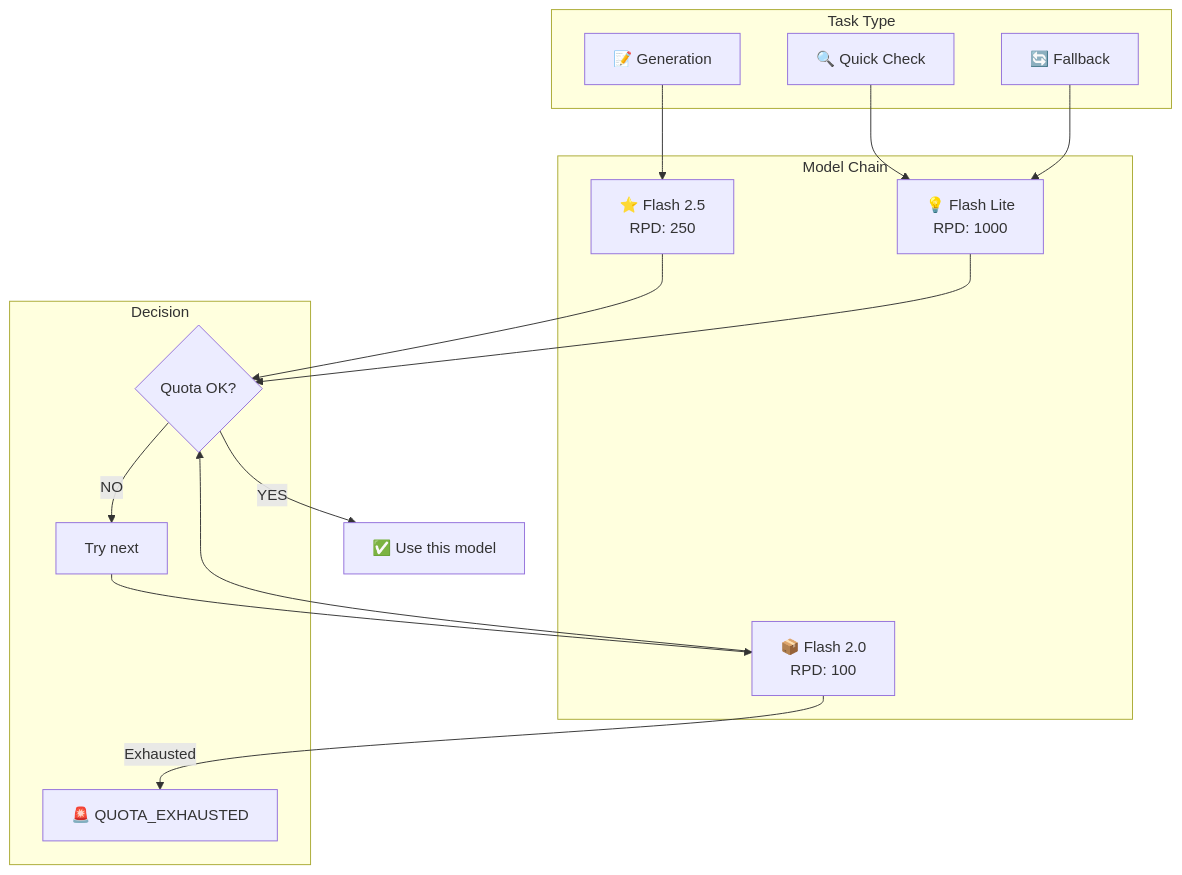
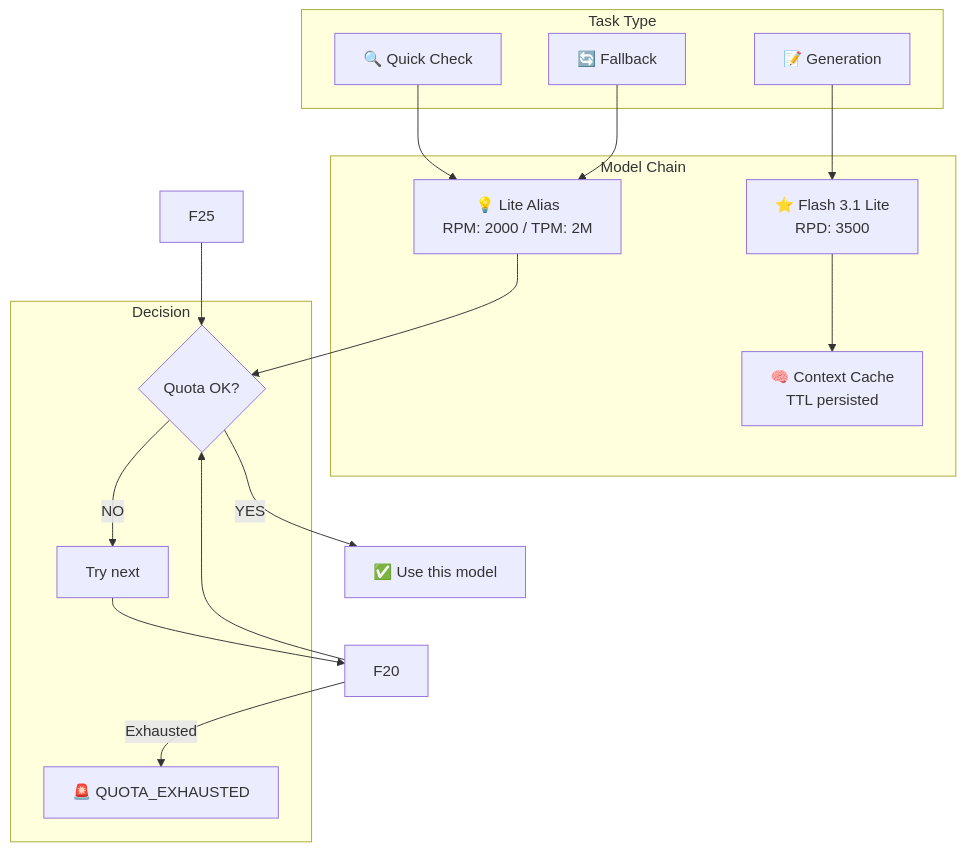
Before and after one commit to rasanfil-source/segreteria: the fourth of 9 diagrams in docs/ARCHITECTURE_DIAGRAMS.md, drawn with Mermaid. The commit also changed other lines of this file and 24 other files, not shown here.

````diff
--- a/docs/ARCHITECTURE_DIAGRAMS.md
+++ b/docs/ARCHITECTURE_DIAGRAMS.md
@@ -143,33 +143,34 @@
 ```mermaid
 graph TD
     subgraph "Task Type"
         QC["🔍 Quick Check"]
         GEN["📝 Generation"]
         FB["🔄 Fallback"]
     end
     
     subgraph "Model Chain"
-        F25["⭐ Flash 2.5<br/>RPD: 250"]
-        FLITE["💡 Flash Lite<br/>RPD: 1000"]
-        F20["📦 Flash 2.0<br/>RPD: 100"]
+        F31["⭐ Flash 3.1 Lite<br/>RPD: 3500"]
+        FLITE["💡 Lite Alias<br/>RPM: 2000 / TPM: 2M"]
+        CACHE["🧠 Context Cache<br/>TTL persisted"]
     end
     
     subgraph "Decision"
         CHECK{Quota OK?}
         NEXT[Try next]
         ERROR["🚨 QUOTA_EXHAUSTED"]
     end
     
     QC --> FLITE
-    GEN --> F25
+    GEN --> F31
     FB --> FLITE
+    F31 --> CACHE
     
     F25 --> CHECK
     FLITE --> CHECK
     F20 --> CHECK
     
     CHECK -->|YES| USE["✅ Use this model"]
     CHECK -->|NO| NEXT
     NEXT --> F20
     F20 -->|Exhausted| ERROR
 ```
````
